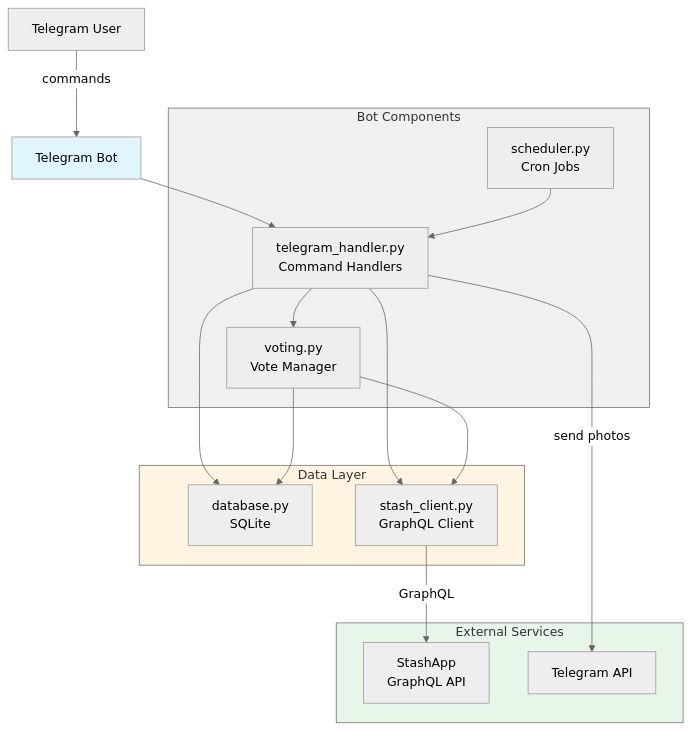
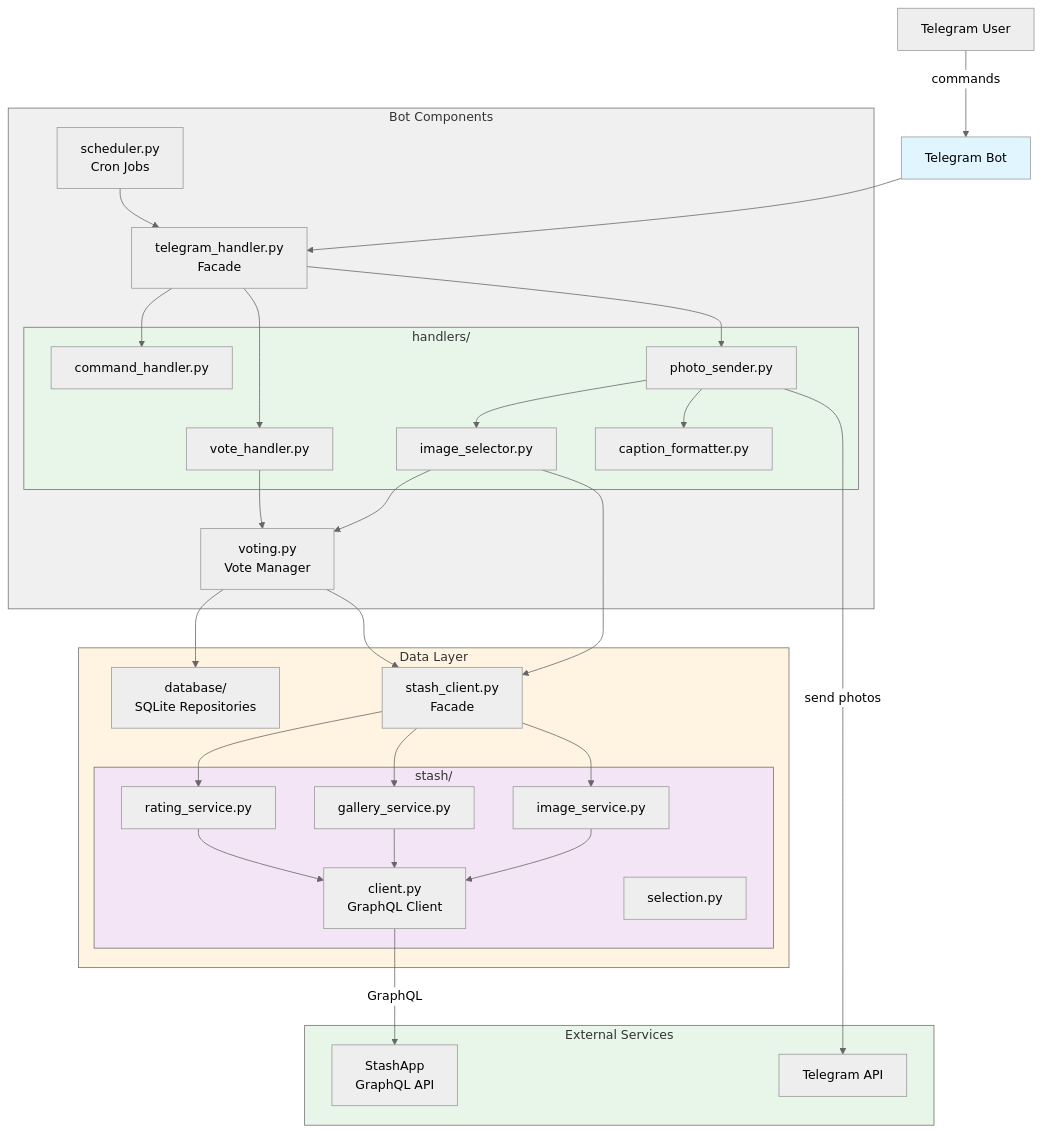
One commit to frendly/StashAppTelegramBot changed the first of 2 diagrams in CURSOR_FULL.md. Above: the diagram before and after it, drawn with Mermaid (neutral theme). The commit also changed other lines of this file and 1 other file, not shown here.

````diff
--- a/CURSOR_FULL.md
+++ b/CURSOR_FULL.md
@@ -57,37 +57,64 @@
 ```mermaid
 graph TB
     User[Telegram User]
     Bot[Telegram Bot]
-    
+
     subgraph BotComponents [Bot Components]
-        Handler[telegram_handler.py<br/>Command Handlers]
+        TelegramHandler[telegram_handler.py<br/>Facade]
+        subgraph Handlers [handlers/]
+            CommandHandler[command_handler.py]
+            PhotoSender[photo_sender.py]
+            VoteHandler[vote_handler.py]
+            ImageSelector[image_selector.py]
+            CaptionFormatter[caption_formatter.py]
+        end
         Scheduler[scheduler.py<br/>Cron Jobs]
         Voting[voting.py<br/>Vote Manager]
     end
-    
+
     subgraph DataLayer [Data Layer]
-        Database[database.py<br/>SQLite]
-        StashClient[stash_client.py<br/>GraphQL Client]
+        Database[database/<br/>SQLite Repositories]
+        StashClient[stash_client.py<br/>Facade]
+        subgraph StashServices [stash/]
+            GraphQLClient[client.py<br/>GraphQL Client]
+            ImageService[image_service.py]
+            GalleryService[gallery_service.py]
+            RatingService[rating_service.py]
+            Selection[selection.py]
+        end
     end
-    
+
     subgraph External [External Services]
         StashApp[StashApp<br/>GraphQL API]
         TelegramAPI[Telegram API]
     end
-    
+
     User -->|commands| Bot
-    Bot --> Handler
-    Handler --> Voting
-    Handler --> Database
-    Handler --> StashClient
-    Scheduler --> Handler
+    Bot --> TelegramHandler
+    TelegramHandler --> CommandHandler
+    TelegramHandler --> PhotoSender
+    TelegramHandler --> VoteHandler
+    PhotoSender --> ImageSelector
+    PhotoSender --> CaptionFormatter
+    ImageSelector --> Voting
+    ImageSelector --> StashClient
+    VoteHandler --> Voting
+    Scheduler --> TelegramHandler
     Voting --> Database
     Voting --> StashClient
-    StashClient -->|GraphQL| StashApp
-    Handler -->|send photos| TelegramAPI
-    
+    StashClient --> ImageService
+    StashClient --> GalleryService
+    StashClient --> RatingService
+    ImageService --> GraphQLClient
+    GalleryService --> GraphQLClient
+    RatingService --> GraphQLClient
+    GraphQLClient -->|GraphQL| StashApp
+    PhotoSender -->|send photos| TelegramAPI
+
     style Bot fill:#e1f5ff
     style BotComponents fill:#f0f0f0
+    style Handlers fill:#e8f5e9
     style DataLayer fill:#fff4e1
+    style StashServices fill:#f3e5f5
     style External fill:#e8f5e9
 ```
````
